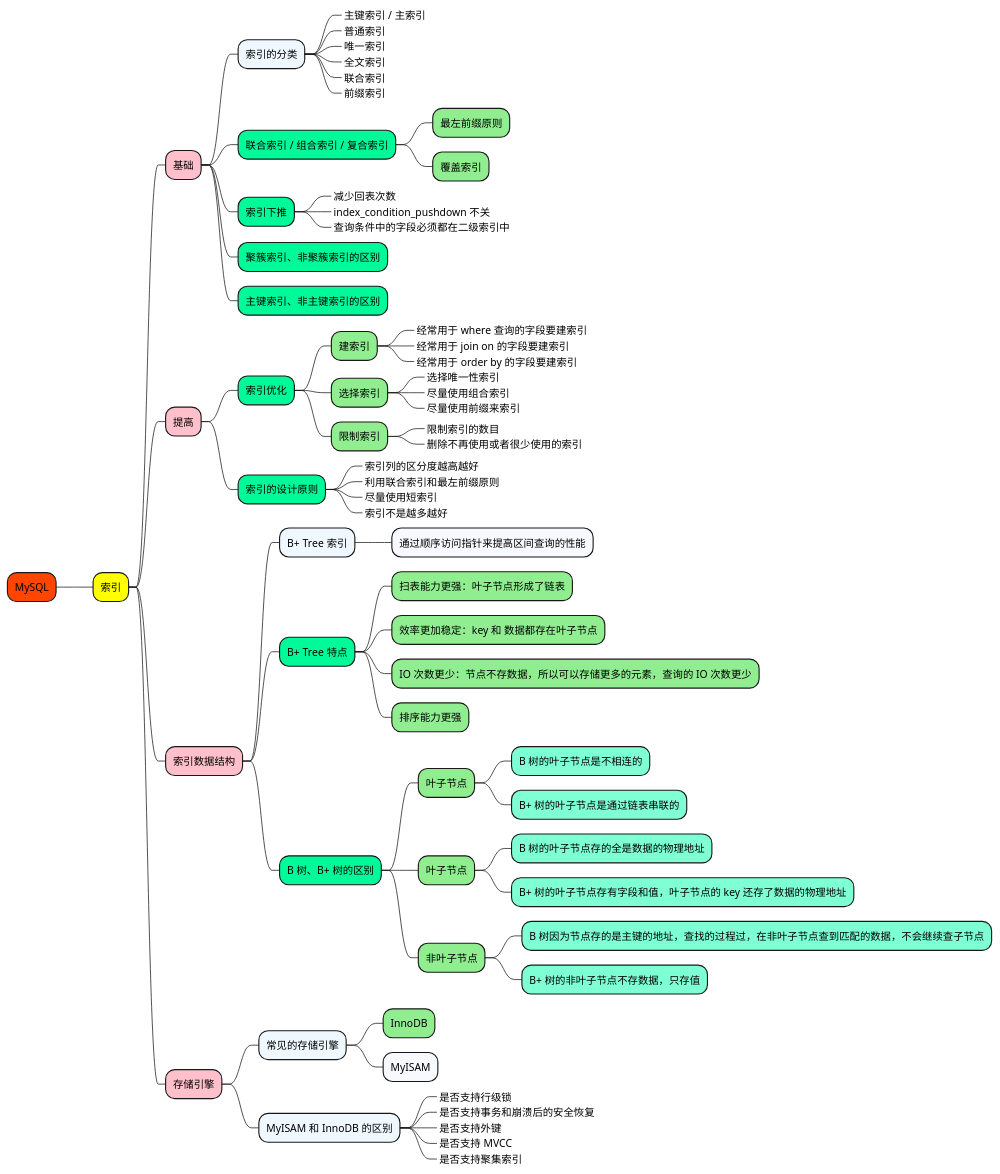
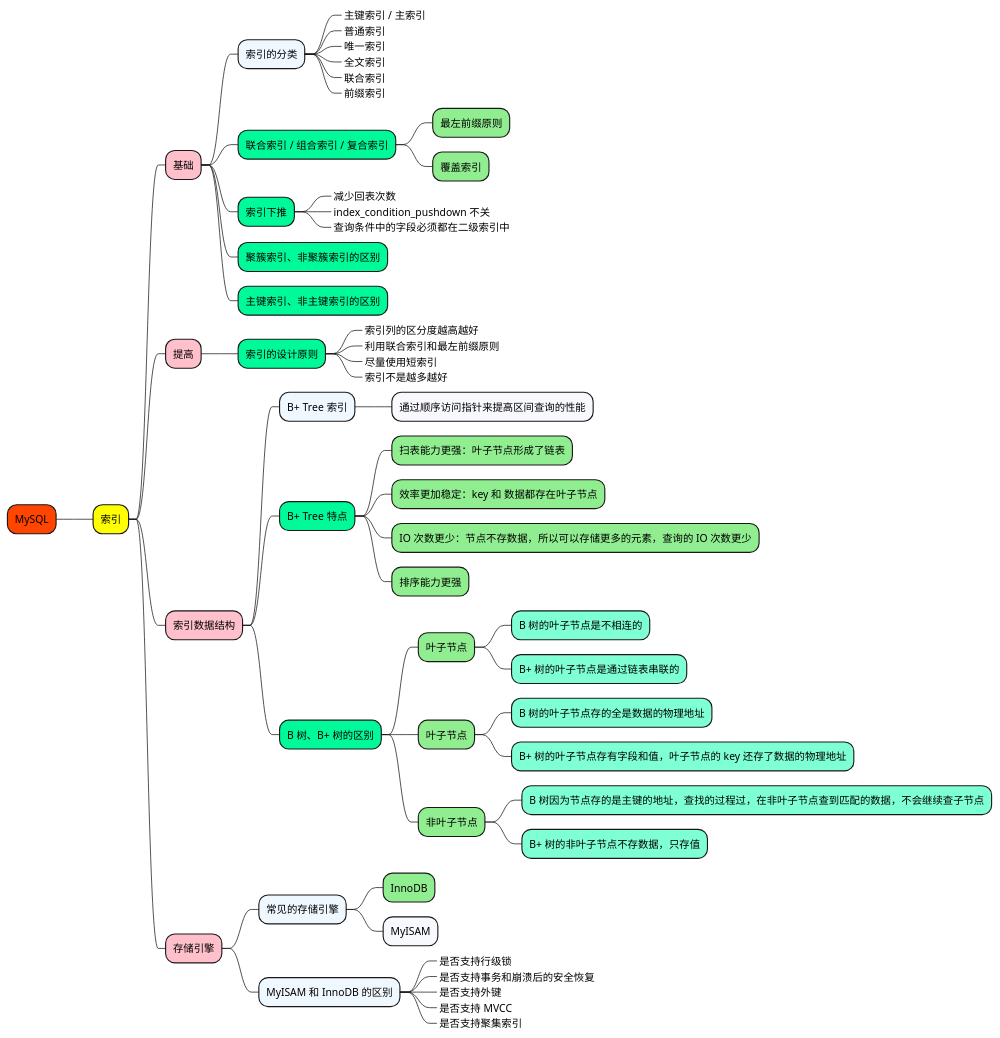
Before and after one commit to doveg/self-cultivation-of-a-software-engineer: the diagram in 1_map/database/MySQL-索引.puml, drawn with PlantUML. The commit also changed 5 other files, not shown here.

```diff
--- a/1_map/database/MySQL-索引.puml
+++ b/1_map/database/MySQL-索引.puml
@@ -1,90 +1,77 @@
 @startmindmap
 
 +[#OrangeRed] MySQL
 
 ++[#yellow] 索引
 
 +++[#Pink] 基础
 
 ++++[#AliceBlue] 索引的分类
 +++++[#GhostWhite]_ 主键索引 / 主索引
 +++++[#GhostWhite]_ 普通索引
 +++++[#GhostWhite]_ 唯一索引
 +++++[#GhostWhite]_ 全文索引
 +++++[#GhostWhite]_ 联合索引
 +++++[#GhostWhite]_ 前缀索引
 
 ++++[#MediumSpringGreen] 联合索引 / 组合索引 / 复合索引
 +++++[#LightGreen] 最左前缀原则
 +++++[#LightGreen] 覆盖索引
 
 ++++[#MediumSpringGreen] 索引下推
 +++++[#LightGreen]_ 减少回表次数
 +++++[#LightGreen]_ index_condition_pushdown 不关
 +++++[#LightGreen]_ 查询条件中的字段必须都在二级索引中
 
 ++++[#MediumSpringGreen] 聚簇索引、非聚簇索引的区别
 
 ++++[#MediumSpringGreen] 主键索引、非主键索引的区别
 
 
 +++[#Pink] 提高
-
-++++[#MediumSpringGreen] 索引优化
-+++++[#LightGreen] 建索引
-++++++[#Aquamarine]_ 经常用于 where 查询的字段要建索引
-++++++[#Aquamarine]_ 经常用于 join on 的字段要建索引
-++++++[#Aquamarine]_ 经常用于 order by 的字段要建索引
-+++++[#LightGreen] 选择索引
-++++++[#Aquamarine]_ 选择唯一性索引
-++++++[#Aquamarine]_ 尽量使用组合索引
-++++++[#Aquamarine]_ 尽量使用前缀来索引
-+++++[#LightGreen] 限制索引
-++++++[#Aquamarine]_ 限制索引的数目
-++++++[#Aquamarine]_ 删除不再使用或者很少使用的索引
 
 ++++[#MediumSpringGreen] 索引的设计原则
 +++++[#LightGreen]_ 索引列的区分度越高越好
 +++++[#LightGreen]_ 利用联合索引和最左前缀原则
 +++++[#LightGreen]_ 尽量使用短索引
 +++++[#LightGreen]_ 索引不是越多越好
 
 
 +++[#Pink] 索引数据结构
 
 ++++[#AliceBlue] B+ Tree 索引
 +++++[#GhostWhite] 通过顺序访问指针来提高区间查询的性能
 
 ++++[#MediumSpringGreen] B+ Tree 特点
 +++++[#LightGreen] 扫表能力更强：叶子节点形成了链表
 +++++[#LightGreen] 效率更加稳定：key 和 数据都存在叶子节点
 +++++[#LightGreen] IO 次数更少：节点不存数据，所以可以存储更多的元素，查询的 IO 次数更少
 +++++[#LightGreen] 排序能力更强
 
 ++++[#MediumSpringGreen] B 树、B+ 树的区别
 +++++[#LightGreen] 叶子节点
 ++++++[#Aquamarine] B 树的叶子节点是不相连的
 ++++++[#Aquamarine] B+ 树的叶子节点是通过链表串联的
 +++++[#LightGreen] 叶子节点
 ++++++[#Aquamarine] B 树的叶子节点存的全是数据的物理地址
 ++++++[#Aquamarine] B+ 树的叶子节点存有字段和值，叶子节点的 key 还存了数据的物理地址
 +++++[#LightGreen] 非叶子节点
 ++++++[#Aquamarine] B 树因为节点存的是主键的地址，查找的过程过，在非叶子节点查到匹配的数据，不会继续查子节点
 ++++++[#Aquamarine] B+ 树的非叶子节点不存数据，只存值
 
 
 +++[#Pink] 存储引擎
 
 ++++[#AliceBlue] 常见的存储引擎
 +++++[#LightGreen] InnoDB
 +++++[#GhostWhite] MyISAM
 
 ++++[#AliceBlue] MyISAM 和 InnoDB 的区别
 +++++[#GhostWhite]_ 是否支持行级锁
 +++++[#GhostWhite]_ 是否支持事务和崩溃后的安全恢复
 +++++[#GhostWhite]_ 是否支持外键
 +++++[#GhostWhite]_ 是否支持 MVCC
 +++++[#GhostWhite]_ 是否支持聚集索引
 
 
 @endmindmap
```
